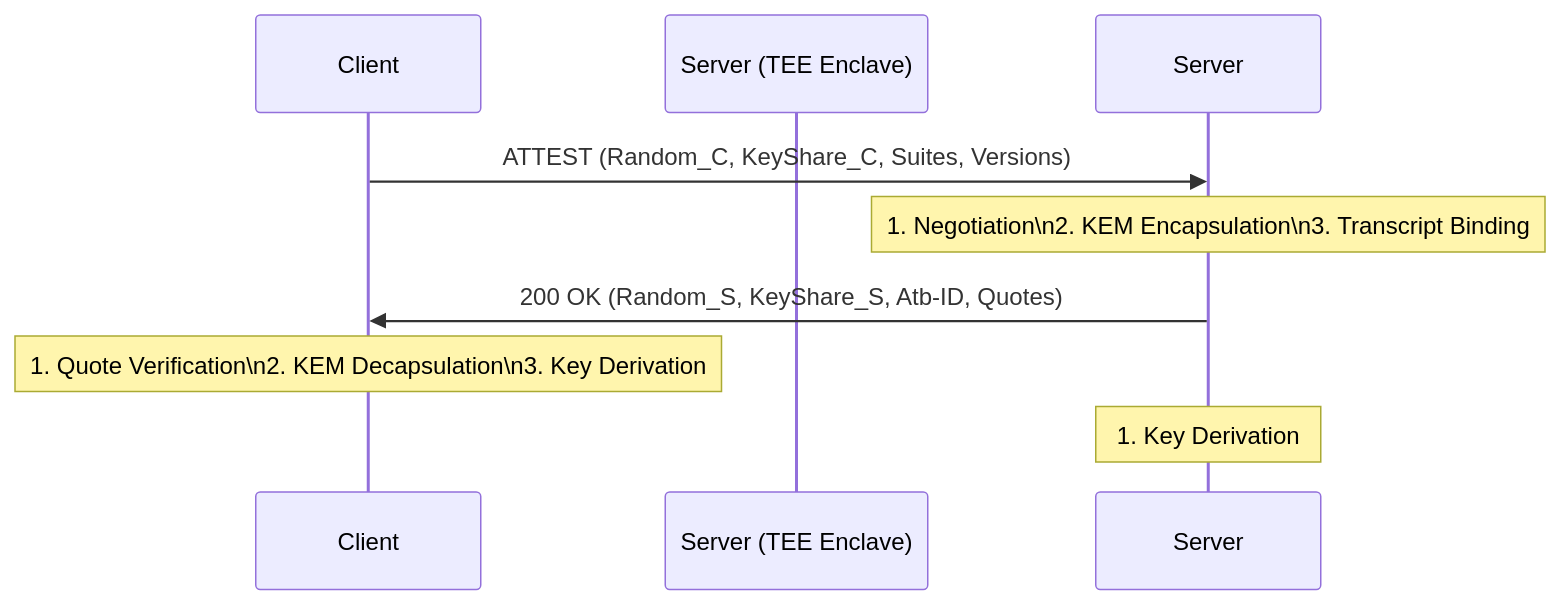
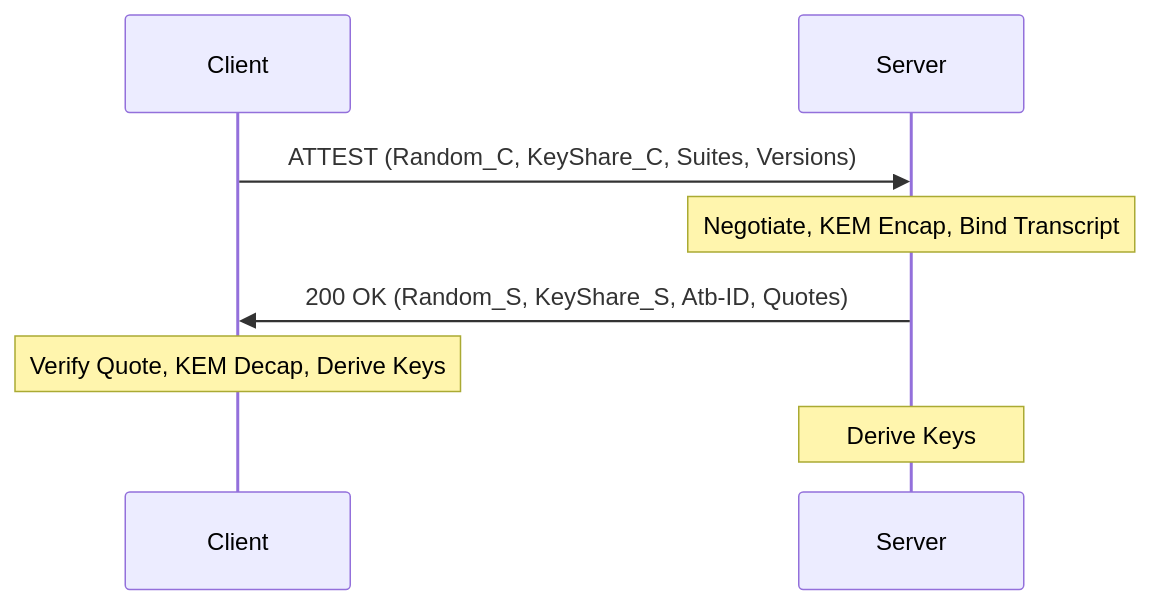
The diagram in docs/ietf/draft-openhttpa-protocol-00.md (OpenHTTPA/openhttpa-rs), drawn with Mermaid before and after one commit. The commit also changed other lines of this file and 10 other files, not shown here.

````diff
--- a/docs/ietf/draft-openhttpa-protocol-00.md
+++ b/docs/ietf/draft-openhttpa-protocol-00.md
@@ -154,11 +187,11 @@
 ```mermaid
 sequenceDiagram
     participant Client
-    participant Server (TEE Enclave)
+    participant Server
 
     Client->>Server: ATTEST (Random_C, KeyShare_C, Suites, Versions)
-    Note over Server: 1. Negotiation\n2. KEM Encapsulation\n3. Transcript Binding
+    Note over Server: Negotiate, KEM Encap, Bind Transcript
     Server->>Client: 200 OK (Random_S, KeyShare_S, Atb-ID, Quotes)
-    Note over Client: 1. Quote Verification\n2. KEM Decapsulation\n3. Key Derivation
-    Note over Server: 1. Key Derivation
+    Note over Client: Verify Quote, KEM Decap, Derive Keys
+    Note over Server: Derive Keys
 ```
````
